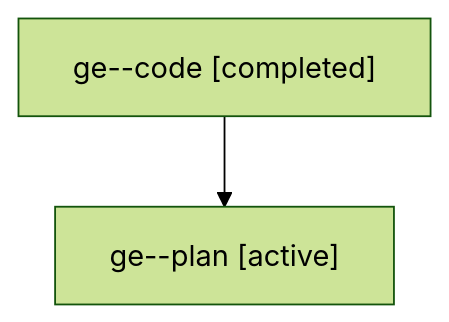
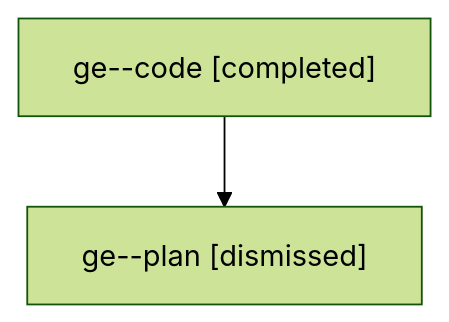
Before and after one commit to sase-org/sase--agents: the diagram in sessions/bbugyi200.athena.ge.md, drawn with Mermaid (forest theme). The commit also changed other lines of this file and 36 other files, not shown here.

````diff
--- a/sessions/bbugyi200.athena.ge.md
+++ b/sessions/bbugyi200.athena.ge.md
@@ -9,6 +9,6 @@
 ```mermaid
 flowchart TD
   n0["ge--code [completed]"]
-  n1["ge--plan [active]"]
+  n1["ge--plan [dismissed]"]
   n0 --> n1
 ```
````
